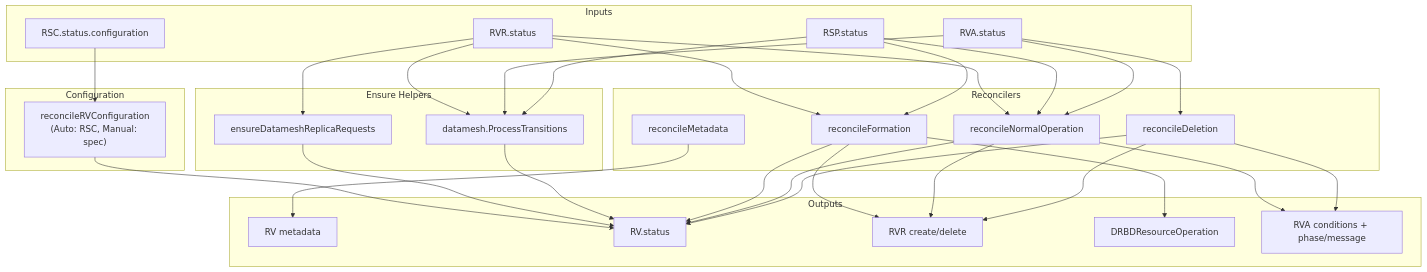
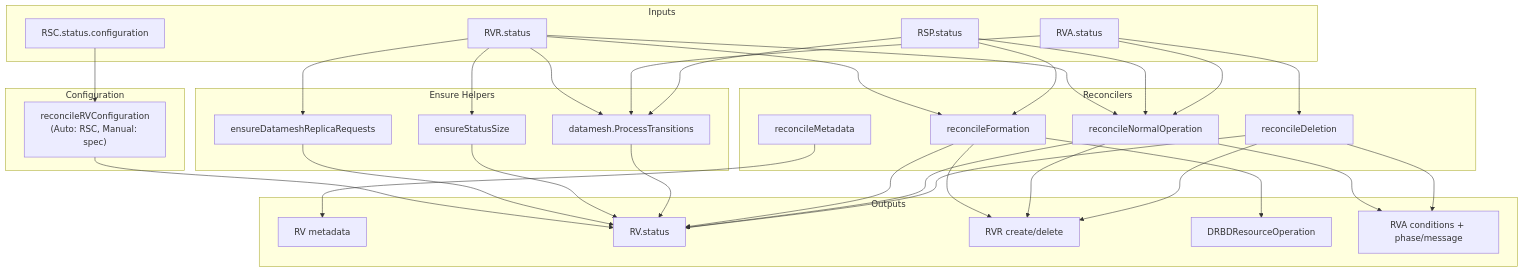
Before and after one commit to deckhouse/sds-replicated-volume: the second of 12 diagrams in images/controller/internal/controllers/rv_controller/README.md, drawn with Mermaid. The commit also changed other lines of this file and 32 other files, not shown here.

````diff
--- a/images/controller/internal/controllers/rv_controller/README.md
+++ b/images/controller/internal/controllers/rv_controller/README.md
@@ -399,59 +401,62 @@
 ```mermaid
 flowchart TD
     subgraph inputs [Inputs]
         RSCStatus[RSC.status.configuration]
         RSP[RSP.status]
         RVRStatus[RVR.status]
         RVAStatus[RVA.status]
     end
 
     subgraph reconcilers [Reconcilers]
         ReconcileMeta[reconcileMetadata]
         ReconcileFormation[reconcileFormation]
         ReconcileNormalOp[reconcileNormalOperation]
         ReconcileDeletion[reconcileDeletion]
     end
 
     subgraph ensures [Ensure Helpers]
         EnsurePending[ensureDatameshReplicaRequests]
+        EnsureSize[ensureStatusSize]
         DMEngine["datamesh.ProcessTransitions"]
     end
 
     subgraph configReconciler [Configuration]
         ReconcileConfig["reconcileRVConfiguration<br/>(Auto: RSC, Manual: spec)"]
     end
 
     subgraph outputs [Outputs]
         RVMeta[RV metadata]
         RVStatus[RV.status]
         RVRManaged[RVR create/delete]
         DRBDROp[DRBDResourceOperation]
         RVAConditions["RVA conditions + phase/message"]
     end
 
     RSCStatus --> ReconcileConfig
     RVRStatus --> EnsurePending
+    RVRStatus --> EnsureSize
     RVRStatus --> ReconcileFormation
     RSP --> ReconcileFormation
     RVRStatus --> ReconcileNormalOp
     RSP --> ReconcileNormalOp
     RVAStatus --> ReconcileNormalOp
     RVAStatus --> ReconcileDeletion
     RVRStatus --> DMEngine
     RVAStatus --> DMEngine
     RSP --> DMEngine
 
     ReconcileMeta --> RVMeta
     ReconcileConfig --> RVStatus
     EnsurePending --> RVStatus
+    EnsureSize --> RVStatus
     DMEngine --> RVStatus
     ReconcileFormation --> RVStatus
     ReconcileFormation --> RVRManaged
     ReconcileFormation --> DRBDROp
     ReconcileNormalOp --> RVStatus
     ReconcileNormalOp --> RVRManaged
     ReconcileNormalOp --> RVAConditions
     ReconcileDeletion --> RVAConditions
     ReconcileDeletion --> RVRManaged
     ReconcileDeletion --> RVStatus
 ```
````
